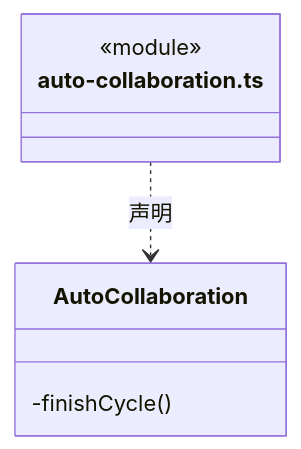
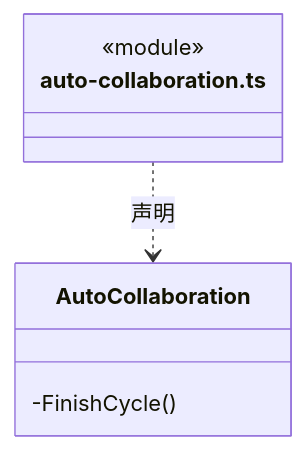
Before and after one commit to nan023062/cbim: the fourth of 15 diagrams in src/logic/dispatch/runtime/ARCHITECTURE.md, drawn with Mermaid. The commit also changed other lines of this file and 1035 other files, not shown here.

````diff
--- a/src/logic/dispatch/runtime/ARCHITECTURE.md
+++ b/src/logic/dispatch/runtime/ARCHITECTURE.md
@@ -165,10 +165,10 @@
 ```mermaid
 classDiagram
 class N_src_logic_dispatch_runtime_auto_collaboration_ts["auto-collaboration.ts"] {
   <<module>>
 }
 class N_src_logic_dispatch_runtime_auto_collaboration_ts_AutoCollaboration["AutoCollaboration"] {
-  -finishCycle()
+  -FinishCycle()
 }
 N_src_logic_dispatch_runtime_auto_collaboration_ts ..> N_src_logic_dispatch_runtime_auto_collaboration_ts_AutoCollaboration : 声明
 ```
````
